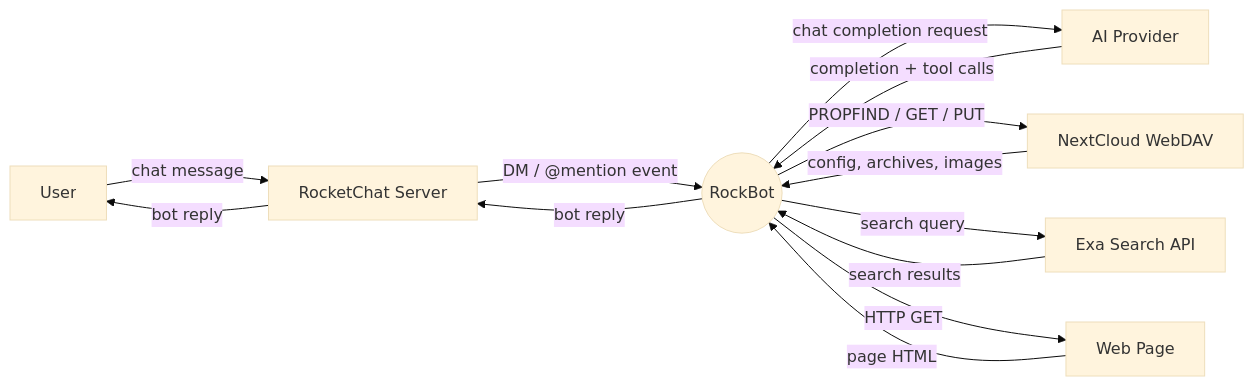
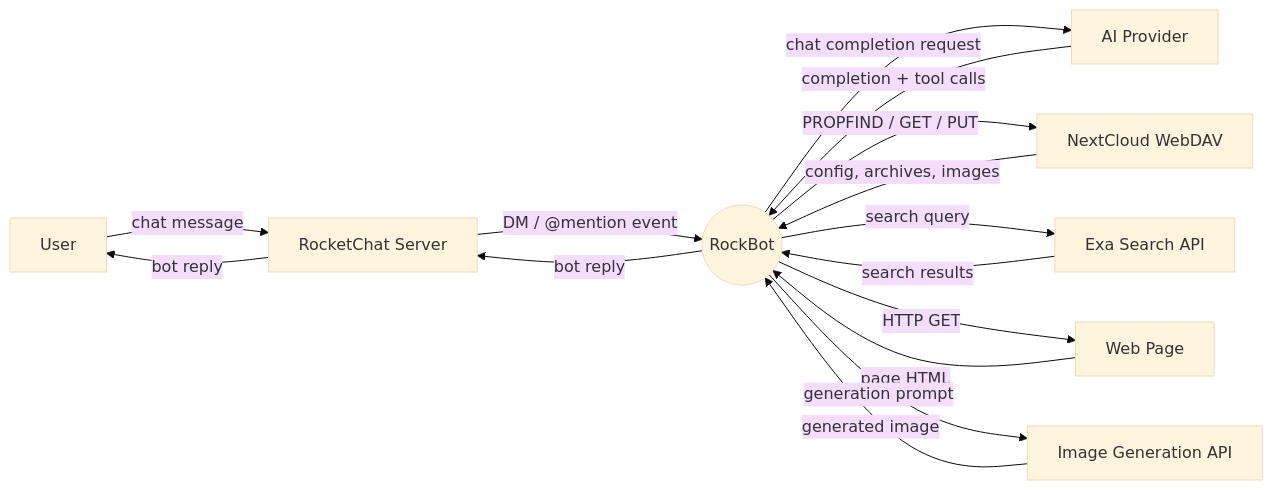
Before and after one commit to cosmoswafer/rockbot: the diagram in _dfds/context-diagram.md, drawn with Mermaid (base theme). The commit also changed other lines of this file and 3 other files, not shown here.

First line of the commit message:
Add planned infograph and anime image generation tools

````diff
--- a/_dfds/context-diagram.md
+++ b/_dfds/context-diagram.md
@@ -12,27 +13,31 @@
 ```mermaid
 flowchart LR
     User[User]
     RC[RocketChat Server]
     AI[AI Provider]
     NC[NextCloud WebDAV]
     Exa[Exa Search API]
     Web[Web Page]
+    ImgGen[Image Generation API]
     Bot(("RockBot"))
 
     User -->|"chat message"| RC
     RC -->|"DM / @mention event"| Bot
     Bot -->|"bot reply"| RC
     RC -->|"bot reply"| User
 
     Bot -->|"chat completion request"| AI
     AI -->|"completion + tool calls"| Bot
 
     Bot -->|"PROPFIND / GET / PUT"| NC
     NC -->|"config, archives, images"| Bot
 
     Bot -->|"search query"| Exa
     Exa -->|"search results"| Bot
 
     Bot -->|"HTTP GET"| Web
     Web -->|"page HTML"| Bot
+
+    Bot -->|"generation prompt"| ImgGen
+    ImgGen -->|"generated image"| Bot
 ```
````
